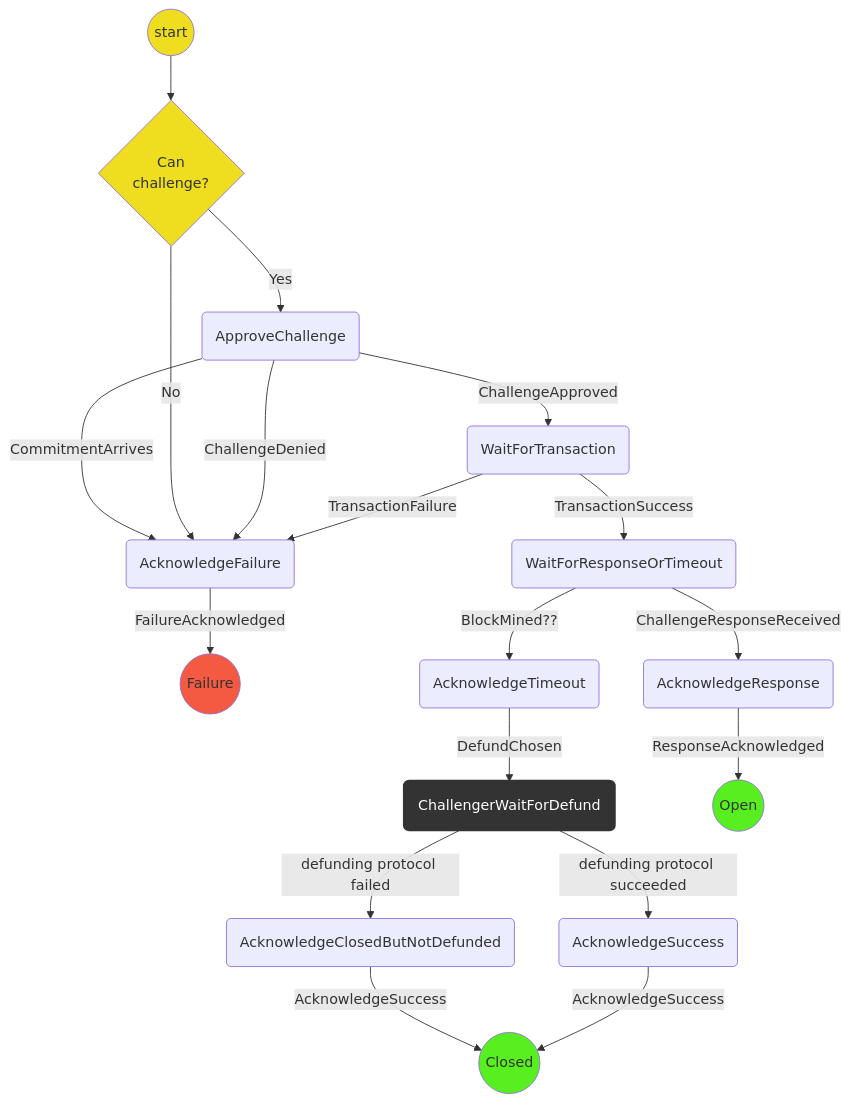
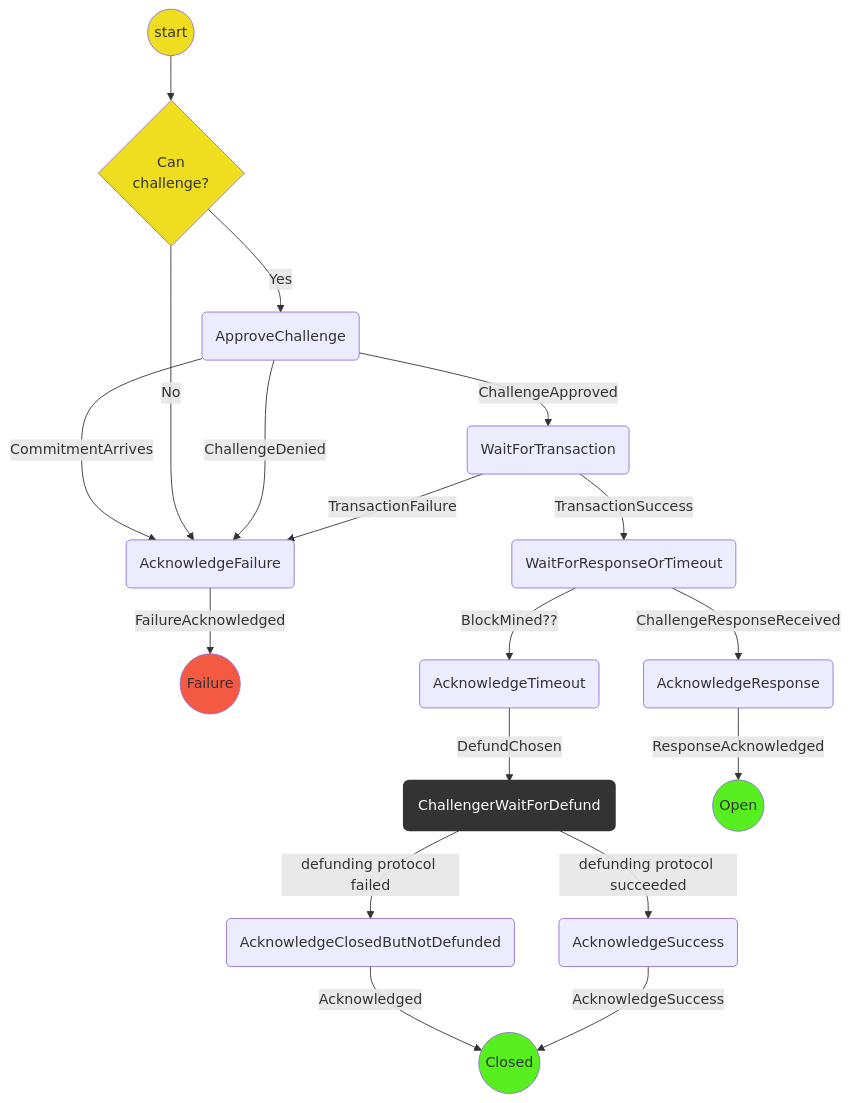
One commit to magmo/apps changed the diagram in packages/wallet/src/redux/protocols/challenging/readme.md. Above: the diagram before and after it, drawn with Mermaid. The commit also changed other lines of this file and 3 other files, not shown here.

````diff
--- a/packages/wallet/src/redux/protocols/challenging/readme.md
+++ b/packages/wallet/src/redux/protocols/challenging/readme.md
@@ -21,29 +21,29 @@
 ```mermaid
 graph TD
 linkStyle default interpolate basis
   S((start)) --> CE{Can<br/>challenge?}
   CE --> |Yes| WFA(ApproveChallenge)
   WFA --> |CommitmentArrives| AF
   WFA --> |ChallengeApproved| WFT(WaitForTransaction)
   CE --> |No| AF
   WFA --> |ChallengeDenied| AF(AcknowledgeFailure)
   AF --> |FailureAcknowledged| F((Failure))
   WFT --> |TransactionSuccess| WFRT(WaitForResponseOrTimeout)
   WFT --> |TransactionFailure| AF
   WFRT --> |BlockMined??| AT(AcknowledgeTimeout)
   AT --> |DefundChosen| D(ChallengerWaitForDefund)
   D   --> |defunding protocol succeeded| AS(AcknowledgeSuccess)
   D   --> |defunding protocol failed| ACBND(AcknowledgeClosedButNotDefunded)
-  ACBND -->|AcknowledgeSuccess| SC((Closed))
+  ACBND -->|Acknowledged| SC((Closed))
   AS -->|AcknowledgeSuccess| SC((Closed))
   WFRT --> |ChallengeResponseReceived| AR(AcknowledgeResponse)
   AR --> |ResponseAcknowledged| SP((Open))
   classDef logic fill:#efdd20;
   classDef Success fill:#58ef21;
   classDef Failure fill:#f45941;
   classDef WaitForChildProtocol stroke:#333,stroke-width:4px,color:#ffff,fill:#333;
   class S,CE logic;
   class SP,SC Success;
   class F Failure;
   class D WaitForChildProtocol;
 ```
````
